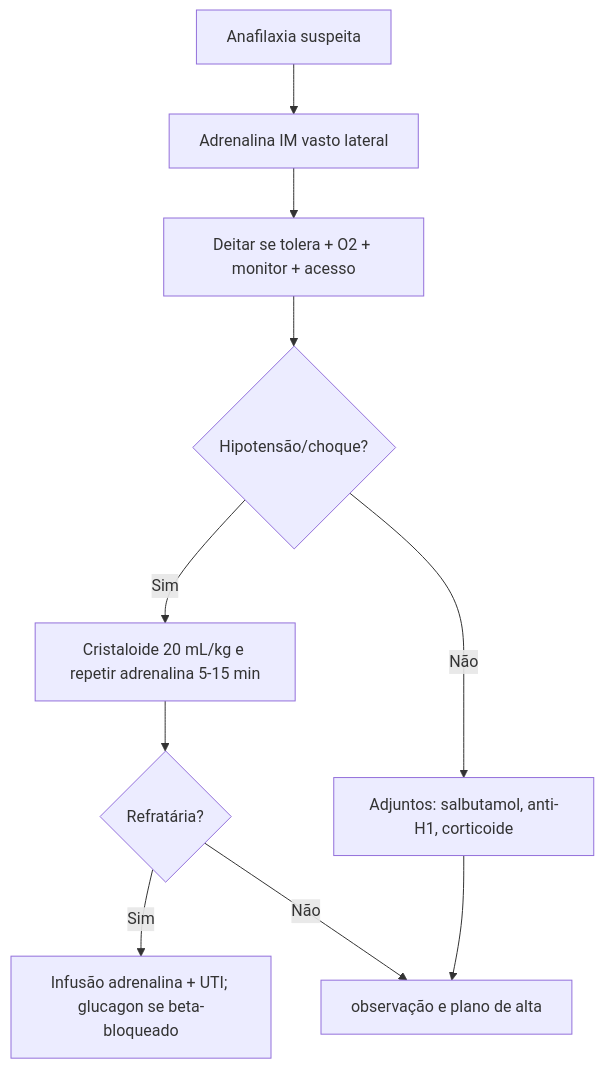
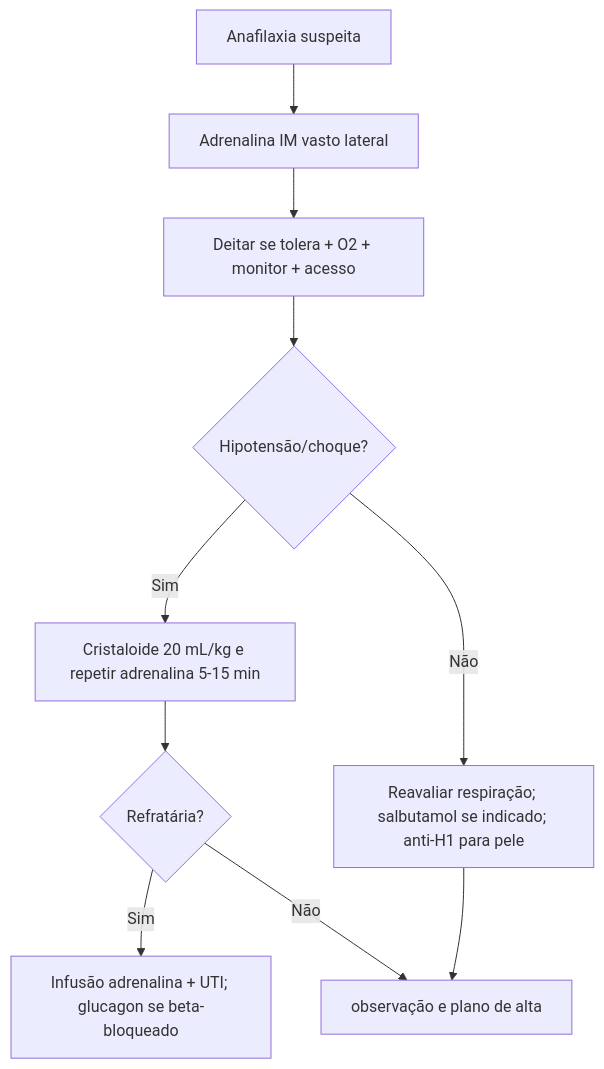
Before and after one commit to ThiagoPersona/emergencia26: the second of 3 diagrams in Intensivao/temas/016_dermato-reumato-alergia-anafilaxia.md, drawn with Mermaid. The commit also changed other lines of this file and 11 other files, not shown here.

````diff
--- a/Intensivao/temas/016_dermato-reumato-alergia-anafilaxia.md
+++ b/Intensivao/temas/016_dermato-reumato-alergia-anafilaxia.md
@@ -211,12 +215,12 @@
 ```mermaid
 flowchart TD
     A[Anafilaxia suspeita] --> B[Adrenalina IM vasto lateral]
     B --> C[Deitar se tolera + O2 + monitor + acesso]
     C --> D{Hipotensão/choque?}
     D -->|Sim| E[Cristaloide 20 mL/kg e repetir adrenalina 5-15 min]
-    D -->|Não| F[Adjuntos: salbutamol, anti-H1, corticoide]
+    D -->|Não| F[Reavaliar respiração; salbutamol se indicado; anti-H1 para pele]
     E --> G{Refratária?}
     G -->|Sim| H[Infusão adrenalina + UTI; glucagon se beta-bloqueado]
     G -->|Não| I[observação e plano de alta]
     F --> I
 ```
````
